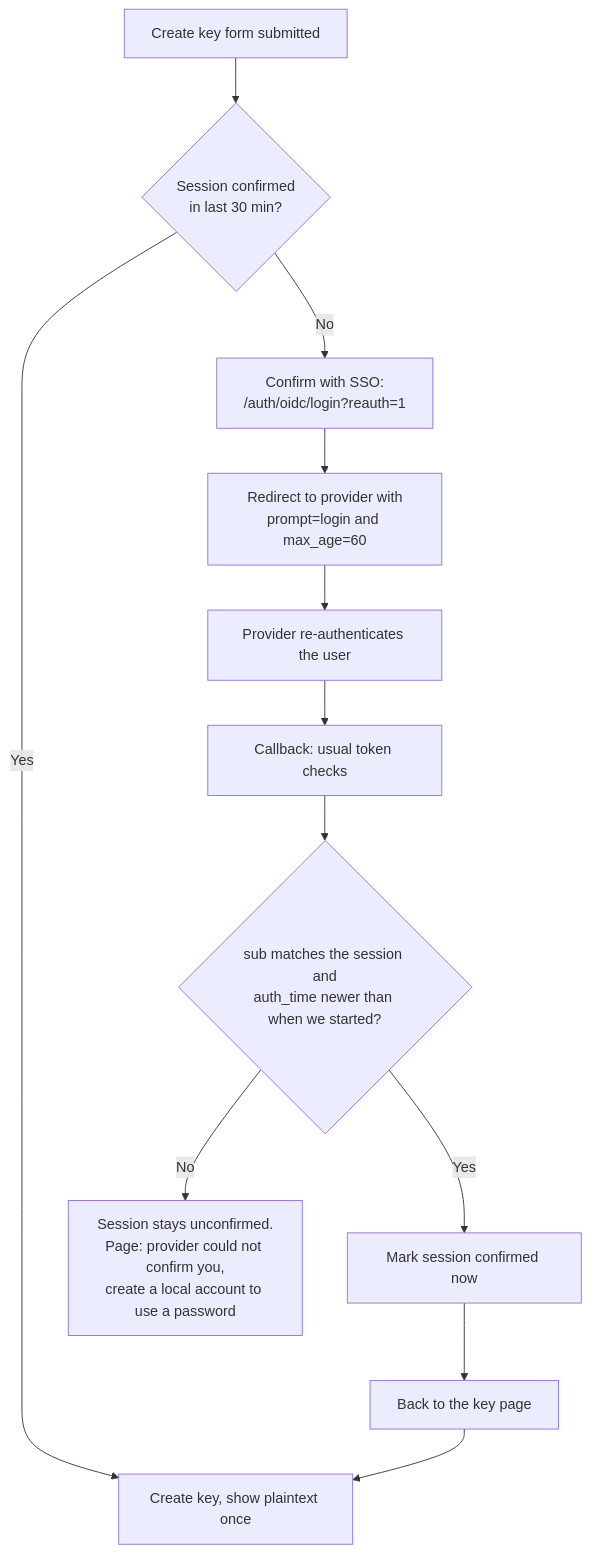
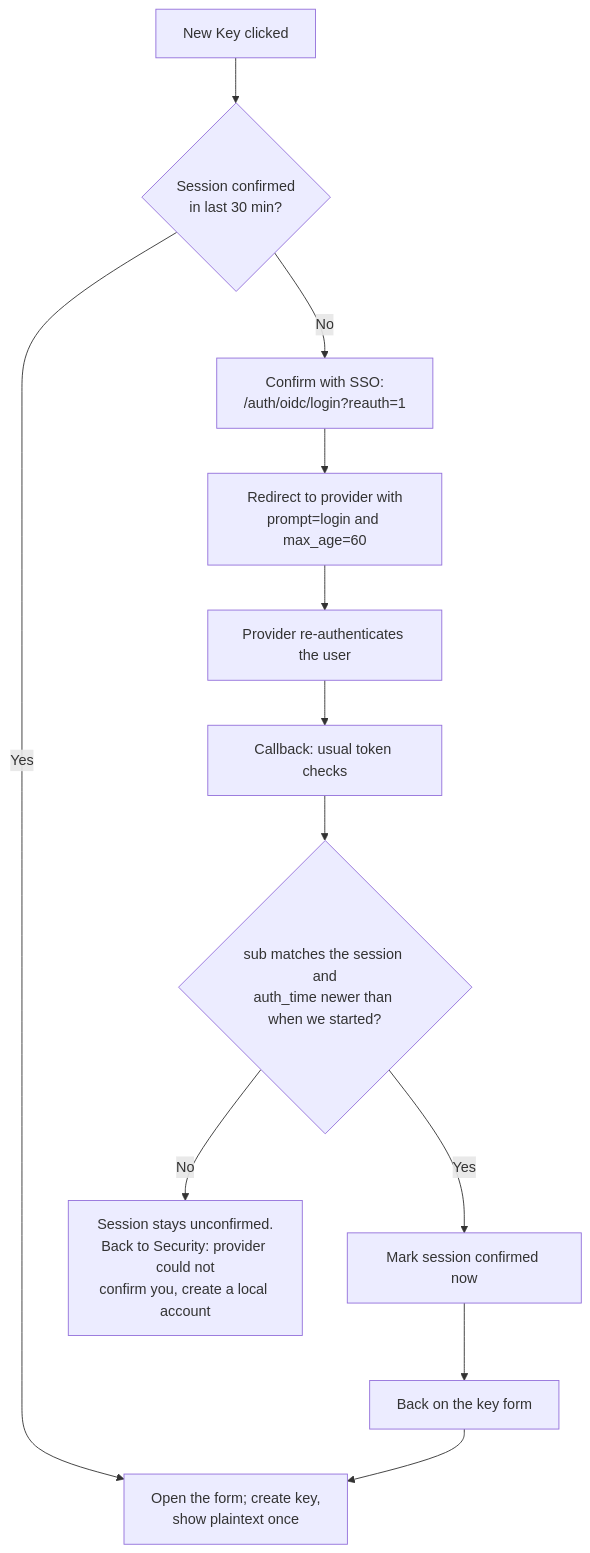
The third of 4 diagrams in docs/backend/security.md (Dictionarry-Hub/profilarr), drawn with Mermaid before and after one commit. The commit also changed other lines of this file and 9 other files, not shown here.

Commit message:
feat: confirm identity in a modal before opening the key form

````diff
--- a/docs/backend/security.md
+++ b/docs/backend/security.md
@@ -307,14 +309,14 @@
 ```mermaid
 flowchart TD
-    A[Create key form submitted] --> B{Session confirmed<br>in last 30 min?}
-    B -->|Yes| K[Create key, show plaintext once]
+    A[New Key clicked] --> B{Session confirmed<br>in last 30 min?}
+    B -->|Yes| K[Open the form; create key,<br>show plaintext once]
     B -->|No| C[Confirm with SSO:<br>/auth/oidc/login?reauth=1]
     C --> D[Redirect to provider with<br>prompt=login and max_age=60]
     D --> E[Provider re-authenticates the user]
     E --> F[Callback: usual token checks]
     F --> G{sub matches the session and<br>auth_time newer than when we started?}
-    G -->|No| H[Session stays unconfirmed.<br>Page: provider could not confirm you,<br>create a local account to use a password]
+    G -->|No| H[Session stays unconfirmed.<br>Back to Security: provider could not<br>confirm you, create a local account]
     G -->|Yes| I[Mark session confirmed now]
-    I --> J[Back to the key page]
+    I --> J[Back on the key form]
     J --> K
 ```
````
